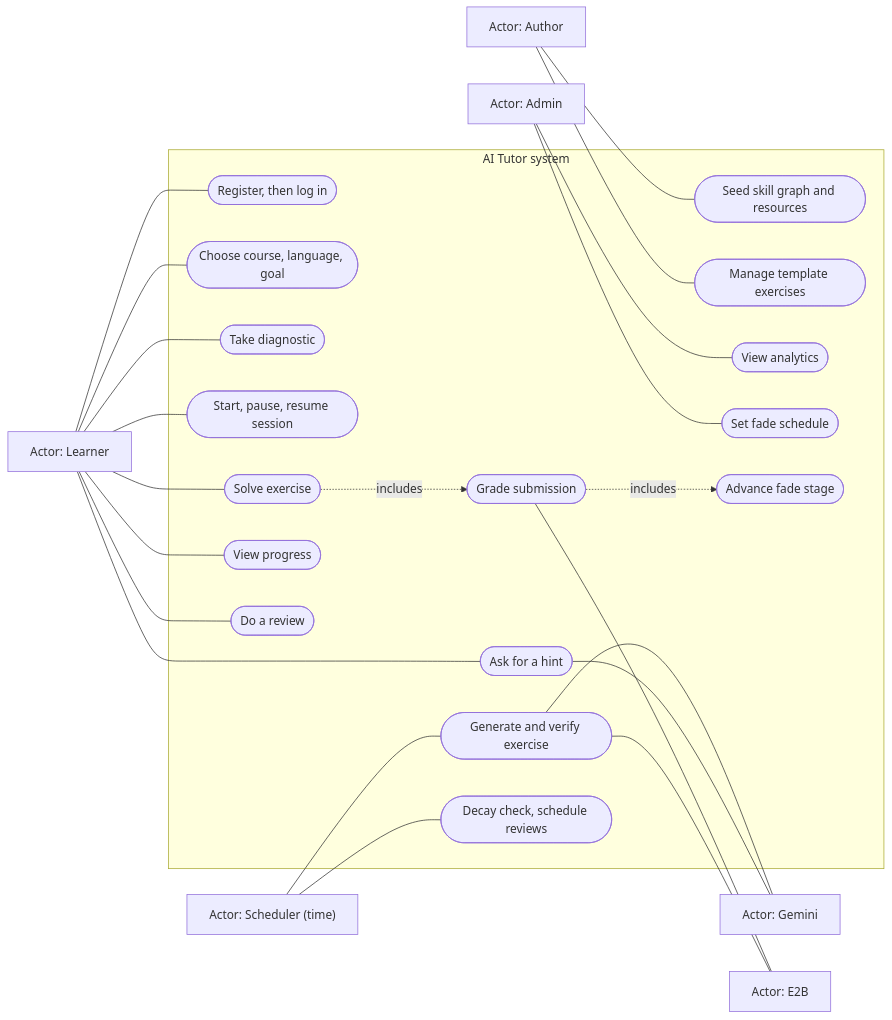
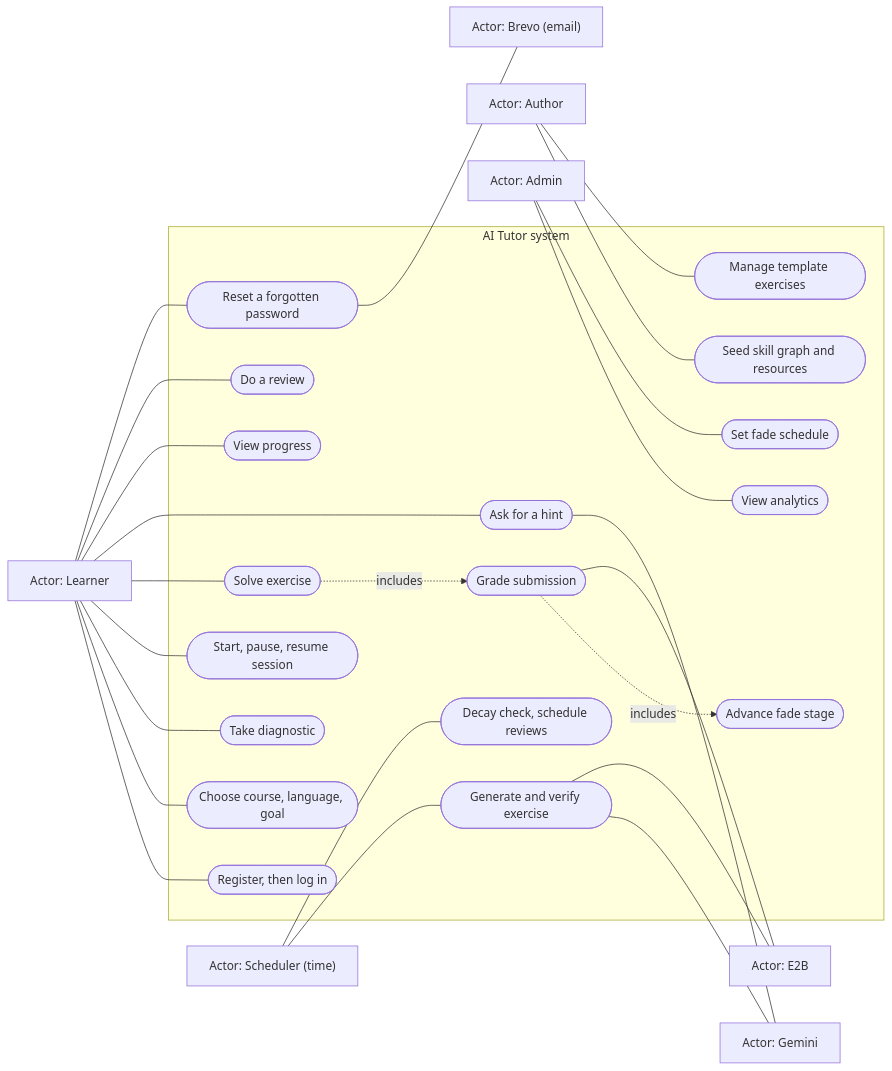
Before and after one commit to Nidanos/ai-tutor-platform: the third of 20 diagrams in DOCS/phase-3/MP3-Draft-Report.md, drawn with Mermaid. The commit also changed other lines of this file and 1 other file, not shown here.

Commit message:
docs: update Phase 3 report for password reset (25/25 endpoints, 180 tests)

````diff
--- a/DOCS/phase-3/MP3-Draft-Report.md
+++ b/DOCS/phase-3/MP3-Draft-Report.md
@@ -410,37 +420,40 @@
 ```mermaid
 flowchart LR
   Learner["Actor: Learner"]
   Author["Actor: Author"]
   Admin["Actor: Admin"]
   Clock["Actor: Scheduler (time)"]
   subgraph SYS["AI Tutor system"]
     U1(["Register, then log in"])
     U2(["Choose course, language, goal"])
     U3(["Take diagnostic"])
     U4(["Start, pause, resume session"])
     U5(["Solve exercise"])
     U6(["Ask for a hint"])
     U7(["View progress"])
     U8(["Do a review"])
     U9(["Seed skill graph and resources"])
     U10(["Manage template exercises"])
     U11(["View analytics"])
     U12(["Set fade schedule"])
     U13(["Generate and verify exercise"])
     U14(["Grade submission"])
     U15(["Decay check, schedule reviews"])
     U16(["Advance fade stage"])
+    U17(["Reset a forgotten password"])
   end
   Gemini["Actor: Gemini"]
   E2B["Actor: E2B"]
-  Learner --- U1 & U2 & U3 & U4 & U5 & U6 & U7 & U8
+  Brevo["Actor: Brevo (email)"]
+  Learner --- U1 & U2 & U3 & U4 & U5 & U6 & U7 & U8 & U17
   Author --- U9 & U10
   Admin --- U11 & U12
   Clock --- U13 & U15
   U5 -. includes .-> U14
   U14 -. includes .-> U16
   U14 --- E2B
   U13 --- Gemini
   U13 --- E2B
   U6 --- Gemini
+  U17 --- Brevo
 ```
````
